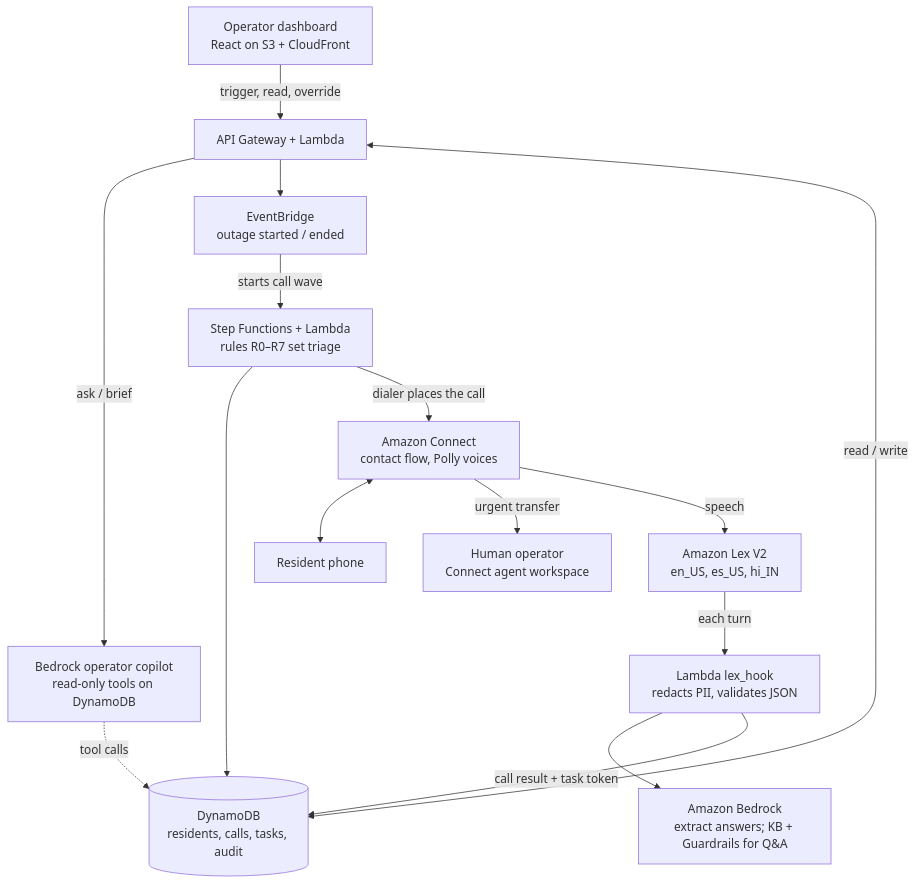
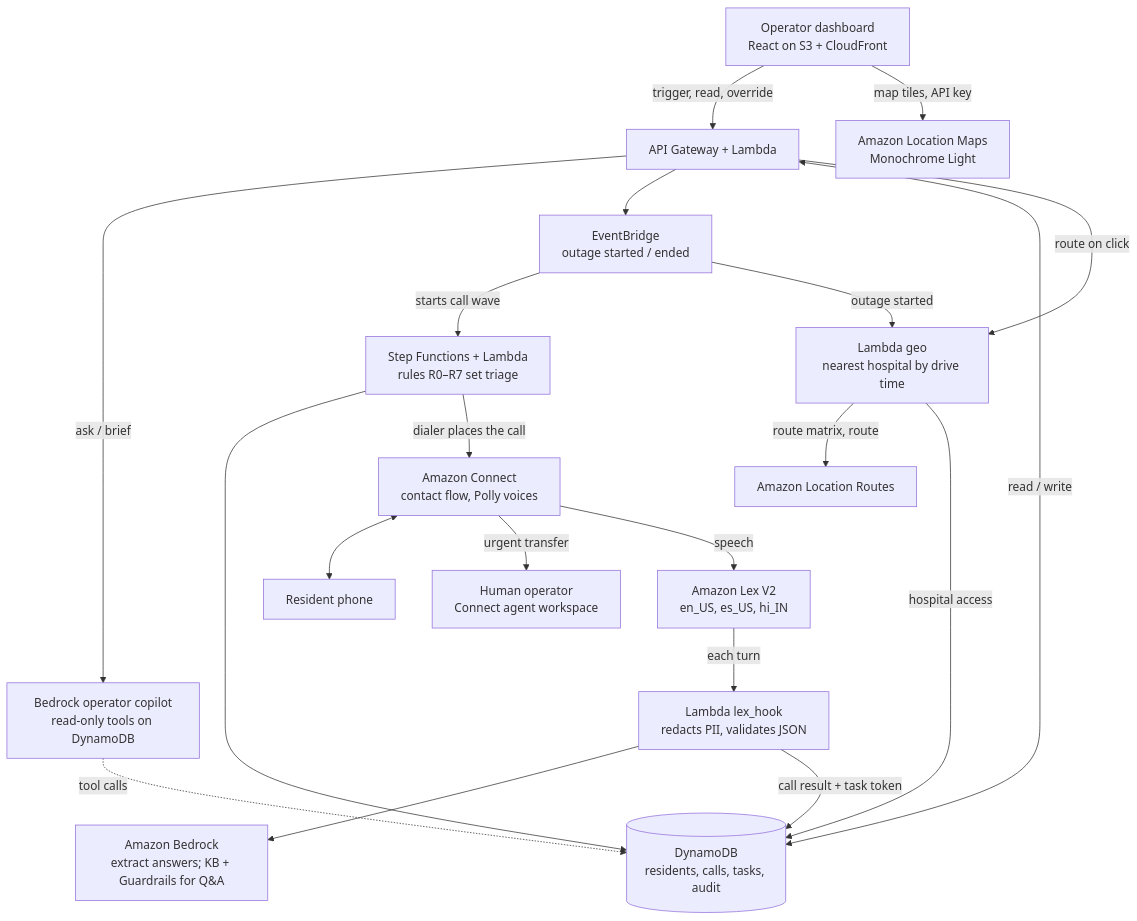
Before and after one commit to kallmekabir/AWS-Track: the first of 2 diagrams in docs/careline-plan.md, drawn with Mermaid. The commit also changed other lines of this file and 9 other files, not shown here.

````diff
--- a/docs/careline-plan.md
+++ b/docs/careline-plan.md
@@ -86,17 +88,22 @@
 ```mermaid
 flowchart TD
   dash["Operator dashboard<br/>React on S3 + CloudFront"] -->|trigger, read, override| api["API Gateway + Lambda"]
   api -->|ask / brief| copilot["Bedrock operator copilot<br/>read-only tools on DynamoDB"]
   api --> eb["EventBridge<br/>outage started / ended"]
   api <-->|read / write| ddb[("DynamoDB<br/>residents, calls, tasks, audit")]
   eb -->|starts call wave| sf["Step Functions + Lambda<br/>rules R0–R7 set triage"]
   sf --> ddb
   sf -->|dialer places the call| connect["Amazon Connect<br/>contact flow, Polly voices"]
   connect <--> phone["Resident phone"]
   connect -->|urgent transfer| op["Human operator<br/>Connect agent workspace"]
   connect -->|speech| lex["Amazon Lex V2<br/>en_US, es_US, hi_IN"]
   lex -->|each turn| hook["Lambda lex_hook<br/>redacts PII, validates JSON"]
   hook --> br["Amazon Bedrock<br/>extract answers; KB + Guardrails for Q&A"]
   hook -->|call result + task token| ddb
   copilot -.->|tool calls| ddb
+  dash -->|map tiles, API key| maps["Amazon Location Maps<br/>Monochrome Light"]
+  eb -->|outage started| geo["Lambda geo<br/>nearest hospital by drive time"]
+  api -->|route on click| geo
+  geo -->|route matrix, route| routes["Amazon Location Routes"]
+  geo -->|hospital access| ddb
 ```
````
